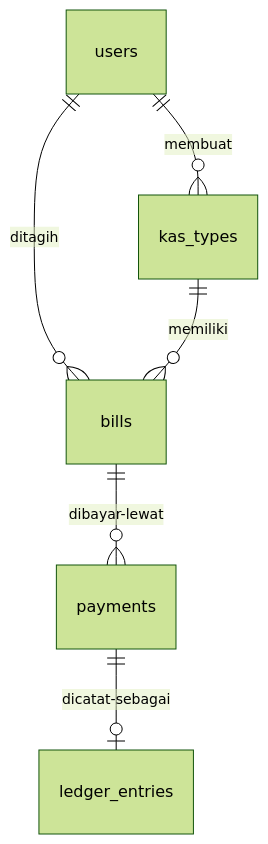
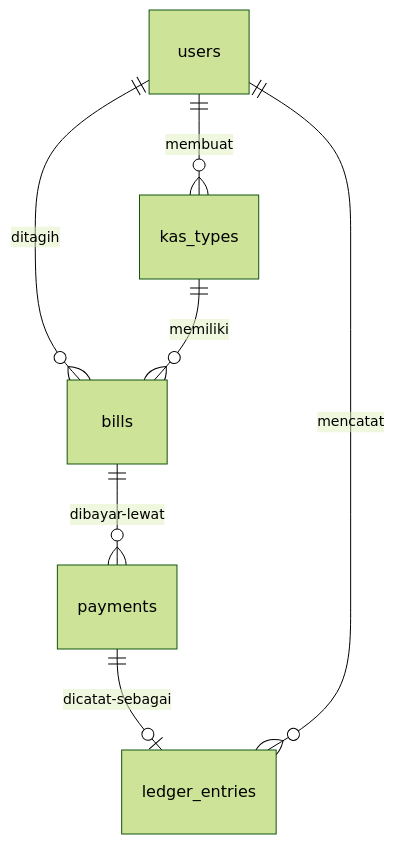
The first of 5 diagrams in penjelasan-tahap-1.md (AbyanDv/Kelompok3-ShiftB-ResponsiPemweb2Laravel), drawn with Mermaid (forest theme) before and after one commit. The commit also changed other lines of this file and 15 other files, not shown here.

````diff
--- a/penjelasan-tahap-1.md
+++ b/penjelasan-tahap-1.md
@@ -232,8 +326,9 @@
 ```mermaid
 erDiagram
     users ||--o{ kas_types : "membuat"
     users ||--o{ bills : "ditagih"
     kas_types ||--o{ bills : "memiliki"
     bills ||--o{ payments : "dibayar-lewat"
     payments ||--o| ledger_entries : "dicatat-sebagai"
+    users ||--o{ ledger_entries : "mencatat"
 ```
````
